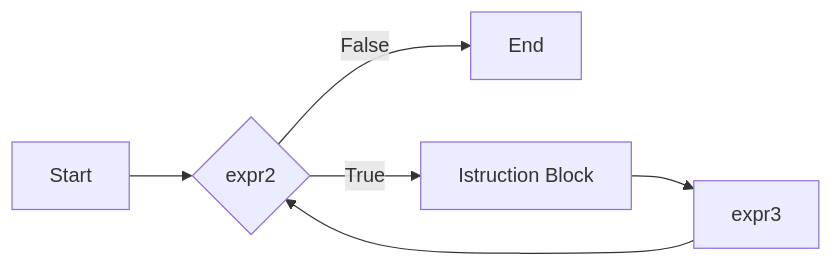
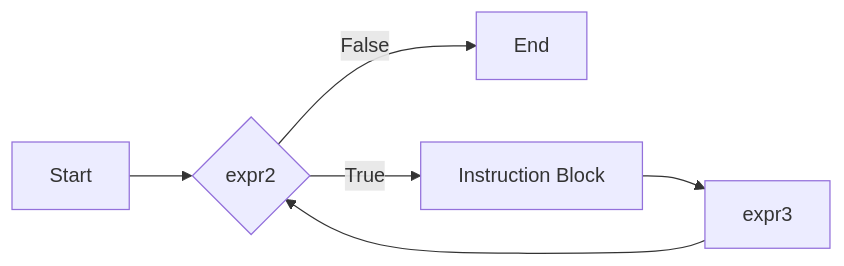
Before and after one commit to delpiter/Git-Obsidian: the first of 2 diagrams in Git-Obsidian/Programmazione/Strutture di Controllo/Iterative.md, drawn with Mermaid. The commit also changed other lines of this file and 2 other files, not shown here.

````diff
--- a/Git-Obsidian/Programmazione/Strutture di Controllo/Iterative.md
+++ b/Git-Obsidian/Programmazione/Strutture di Controllo/Iterative.md
@@ -18,9 +18,9 @@
 ```mermaid
 flowchart LR
 A[Start]
 A --> B{expr2}
 B -->|False| E[End]
-B -->|True| D[Istruction Block]
+B -->|True| D[Instruction Block]
 D -->F[expr3]
 F -->B
 ```
````
